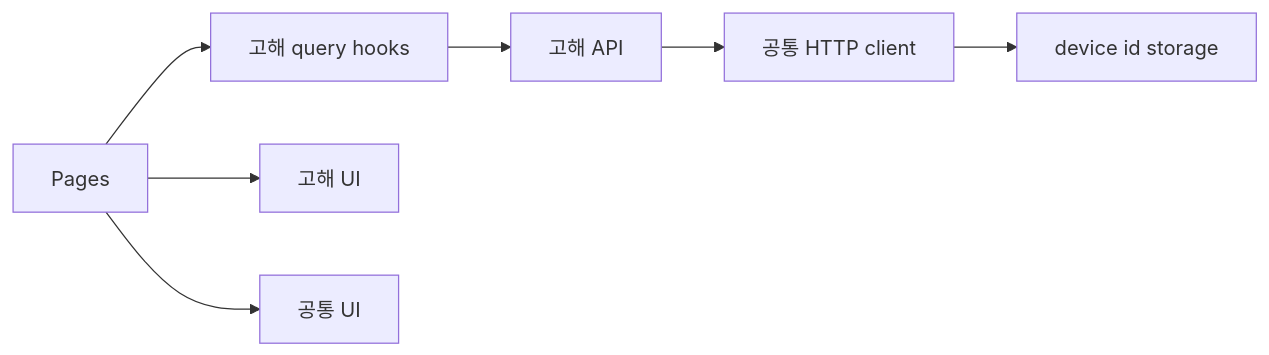
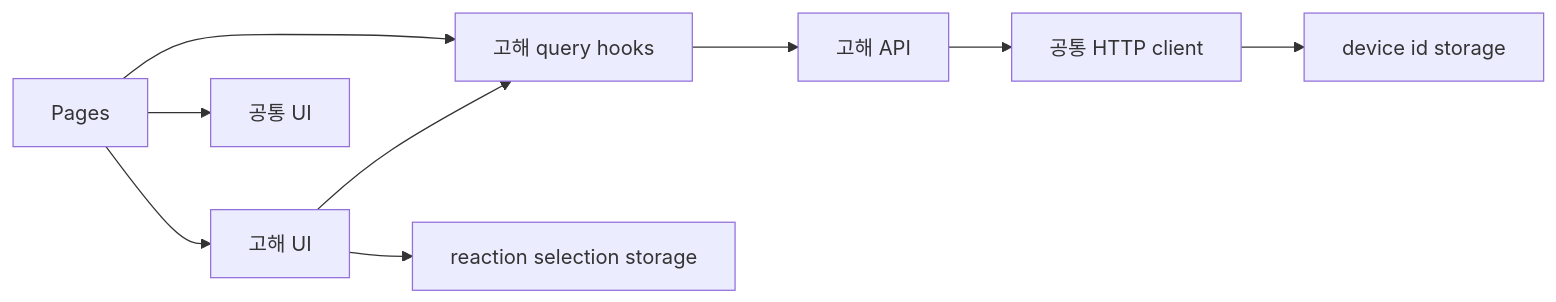
The diagram in aidlc-docs/inception/reverse-engineering/dependencies.md (dlhwang/goahead-tuk-frontend), drawn with Mermaid before and after one commit. The commit also changed other lines of this file and 62 other files, not shown here.

````diff
--- a/aidlc-docs/inception/reverse-engineering/dependencies.md
+++ b/aidlc-docs/inception/reverse-engineering/dependencies.md
@@ -5,9 +5,11 @@
 ```mermaid
 flowchart LR
     Pages["Pages"] --> QueryHooks["고해 query hooks"]
     Pages --> FeatureUI["고해 UI"]
     QueryHooks --> FeatureAPI["고해 API"]
+    FeatureUI --> QueryHooks
+    FeatureUI --> ReactionSelection["reaction selection storage"]
     FeatureAPI --> HttpClient["공통 HTTP client"]
     HttpClient --> DeviceId["device id storage"]
     Pages --> SharedUI["공통 UI"]
 ```
````
